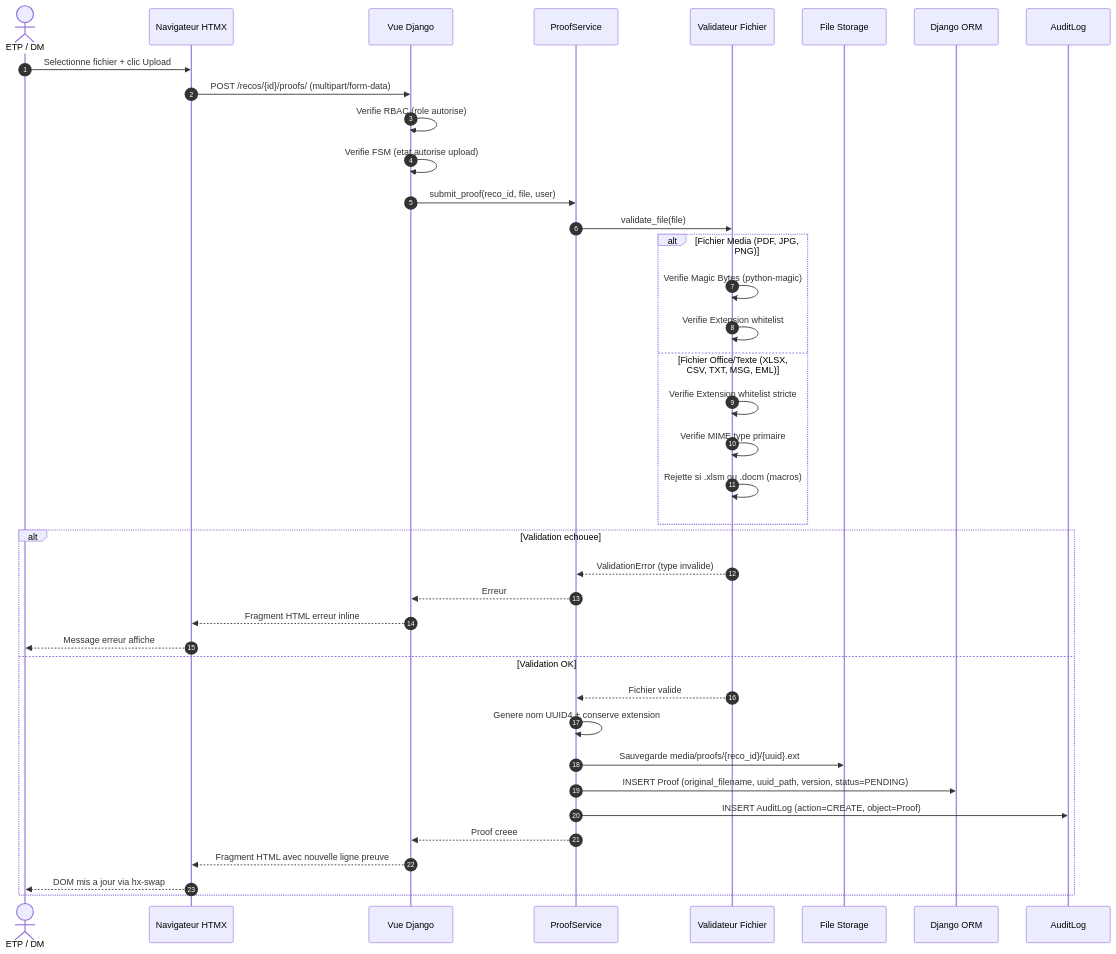
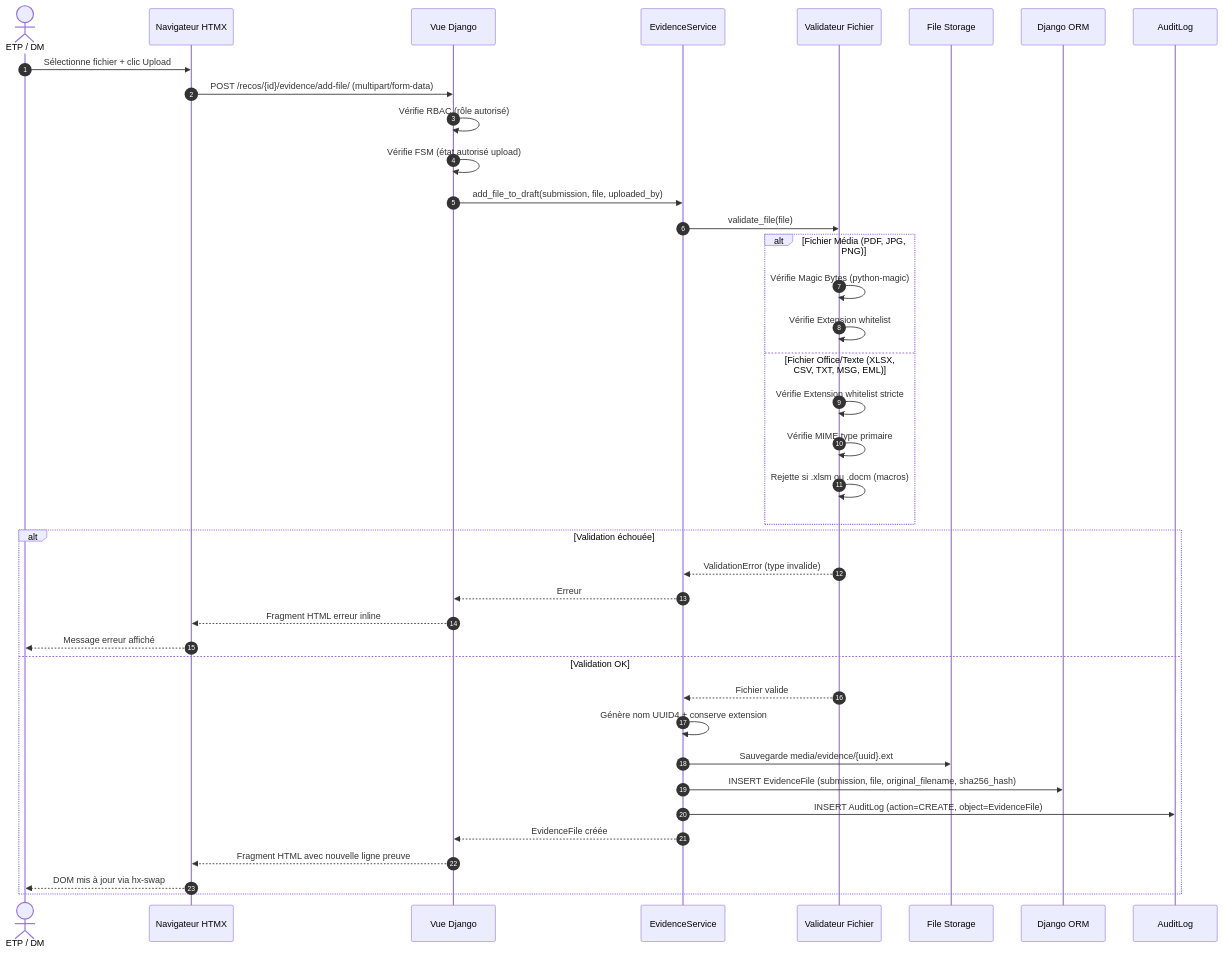
One commit to Tchendjou2003/bicec--Sentinel changed the seventh of 26 diagrams in _bmad-output/planning-artifacts/system-diagrams.md. Above: the diagram before and after it, drawn with Mermaid. The commit also changed other lines of this file, not shown here.

Commit message:
docs(bmad): mise à jour system-diagrams.md v2.0

````diff
--- a/_bmad-output/planning-artifacts/system-diagrams.md
+++ b/_bmad-output/planning-artifacts/system-diagrams.md
@@ -640,46 +678,46 @@
 ```mermaid
 sequenceDiagram
     autonumber
     actor USER as ETP / DM
     participant HTML as Navigateur HTMX
     participant VUE as Vue Django
-    participant SVC as ProofService
+    participant SVC as EvidenceService
     participant VALID as Validateur Fichier
     participant DISK as File Storage
     participant ORM as Django ORM
     participant LOG as AuditLog
 
-    USER->>HTML: Selectionne fichier + clic Upload
-    HTML->>VUE: POST /recos/{id}/proofs/ (multipart/form-data)
+    USER->>HTML: Sélectionne fichier + clic Upload
+    HTML->>VUE: POST /recos/{id}/evidence/add-file/ (multipart/form-data)
 
-    VUE->>VUE: Verifie RBAC (role autorise)
-    VUE->>VUE: Verifie FSM (etat autorise upload)
+    VUE->>VUE: Vérifie RBAC (rôle autorisé)
+    VUE->>VUE: Vérifie FSM (état autorisé upload)
 
-    VUE->>SVC: submit_proof(reco_id, file, user)
+    VUE->>SVC: add_file_to_draft(submission, file, uploaded_by)
     SVC->>VALID: validate_file(file)
 
-    alt Fichier Media (PDF, JPG, PNG)
-        VALID->>VALID: Verifie Magic Bytes (python-magic)
-        VALID->>VALID: Verifie Extension whitelist
+    alt Fichier Média (PDF, JPG, PNG)
+        VALID->>VALID: Vérifie Magic Bytes (python-magic)
+        VALID->>VALID: Vérifie Extension whitelist
     else Fichier Office/Texte (XLSX, CSV, TXT, MSG, EML)
-        VALID->>VALID: Verifie Extension whitelist stricte
-        VALID->>VALID: Verifie MIME type primaire
+        VALID->>VALID: Vérifie Extension whitelist stricte
+        VALID->>VALID: Vérifie MIME type primaire
         VALID->>VALID: Rejette si .xlsm ou .docm (macros)
     end
 
-    alt Validation echouee
+    alt Validation échouée
         VALID-->>SVC: ValidationError (type invalide)
         SVC-->>VUE: Erreur
         VUE-->>HTML: Fragment HTML erreur inline
-        HTML-->>USER: Message erreur affiche
+        HTML-->>USER: Message erreur affiché
     else Validation OK
         VALID-->>SVC: Fichier valide
-        SVC->>SVC: Genere nom UUID4 + conserve extension
-        SVC->>DISK: Sauvegarde media/proofs/{reco_id}/{uuid}.ext
-        SVC->>ORM: INSERT Proof (original_filename, uuid_path, version, status=PENDING)
-        SVC->>LOG: INSERT AuditLog (action=CREATE, object=Proof)
-        SVC-->>VUE: Proof creee
+        SVC->>SVC: Génère nom UUID4 + conserve extension
+        SVC->>DISK: Sauvegarde media/evidence/{uuid}.ext
+        SVC->>ORM: INSERT EvidenceFile (submission, file, original_filename, sha256_hash)
+        SVC->>LOG: INSERT AuditLog (action=CREATE, object=EvidenceFile)
+        SVC-->>VUE: EvidenceFile créée
         VUE-->>HTML: Fragment HTML avec nouvelle ligne preuve
-        HTML-->>USER: DOM mis a jour via hx-swap
+        HTML-->>USER: DOM mis à jour via hx-swap
     end
 ```
````
